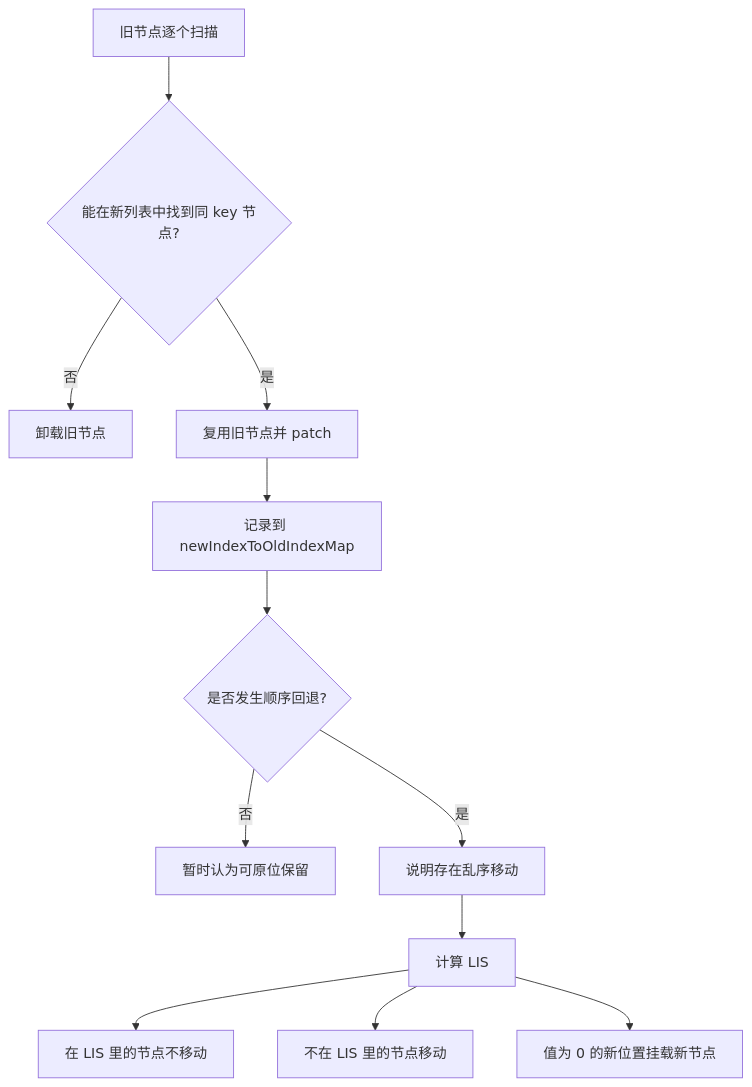
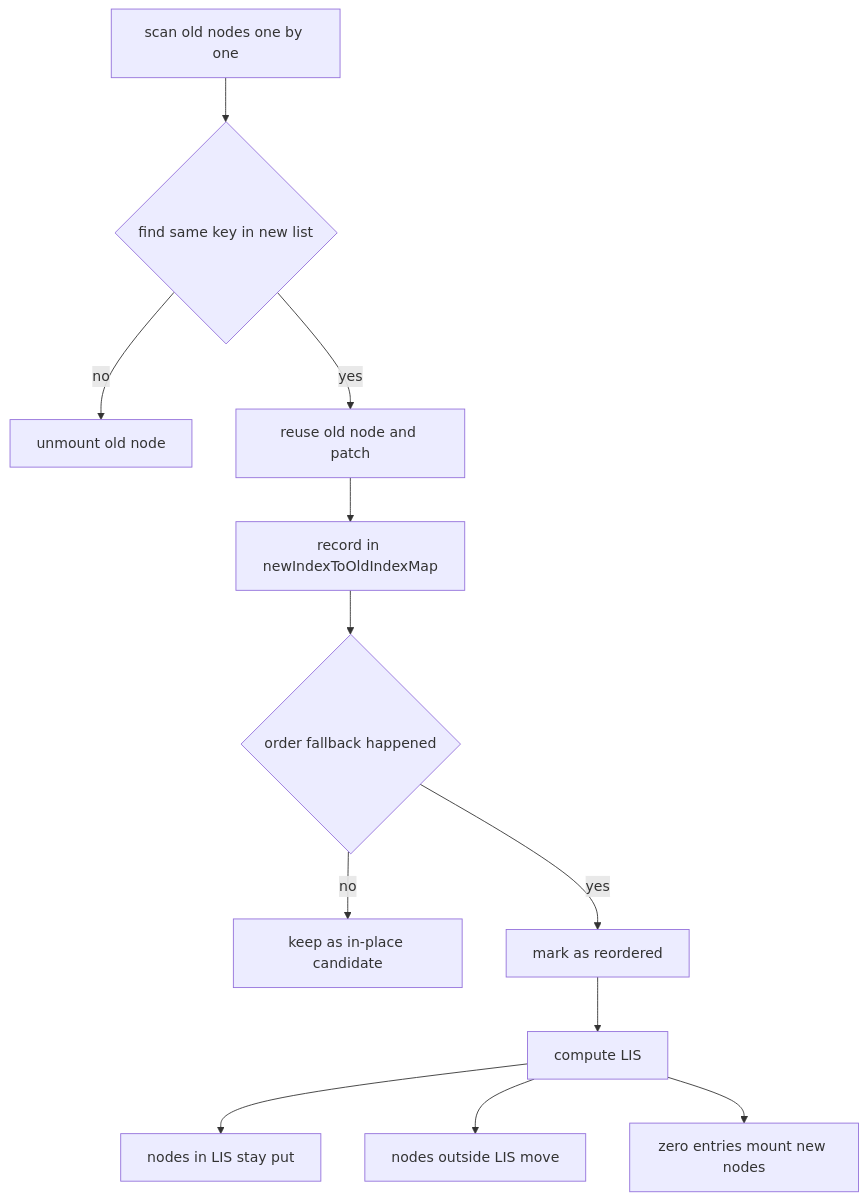
Diagram 14 of 17 in docs/vue/source/runtime-core/diff-algorithm-interview.md (Tajigaqzh/front_basic), drawn with Mermaid before and after one commit. The commit also changed other lines of this file and 11 other files, not shown here.

````diff
--- a/docs/vue/source/runtime-core/diff-algorithm-interview.md
+++ b/docs/vue/source/runtime-core/diff-algorithm-interview.md
@@ -579,14 +579,14 @@
 ```mermaid
 flowchart TD
-  A[旧节点逐个扫描] --> B{能在新列表中找到同 key 节点?}
-  B -- 否 --> C[卸载旧节点]
-  B -- 是 --> D[复用旧节点并 patch]
-  D --> E[记录到 newIndexToOldIndexMap]
-  E --> F{是否发生顺序回退?}
-  F -- 否 --> G[暂时认为可原位保留]
-  F -- 是 --> H[说明存在乱序移动]
-  H --> I[计算 LIS]
-  I --> J[在 LIS 里的节点不移动]
-  I --> K[不在 LIS 里的节点移动]
-  I --> L[值为 0 的新位置挂载新节点]
+  A["scan old nodes one by one"] --> B{"find same key in new list"}
+  B -- no --> C["unmount old node"]
+  B -- yes --> D["reuse old node and patch"]
+  D --> E["record in newIndexToOldIndexMap"]
+  E --> F{"order fallback happened"}
+  F -- no --> G["keep as in-place candidate"]
+  F -- yes --> H["mark as reordered"]
+  H --> I["compute LIS"]
+  I --> J["nodes in LIS stay put"]
+  I --> K["nodes outside LIS move"]
+  I --> L["zero entries mount new nodes"]
 ```
````
